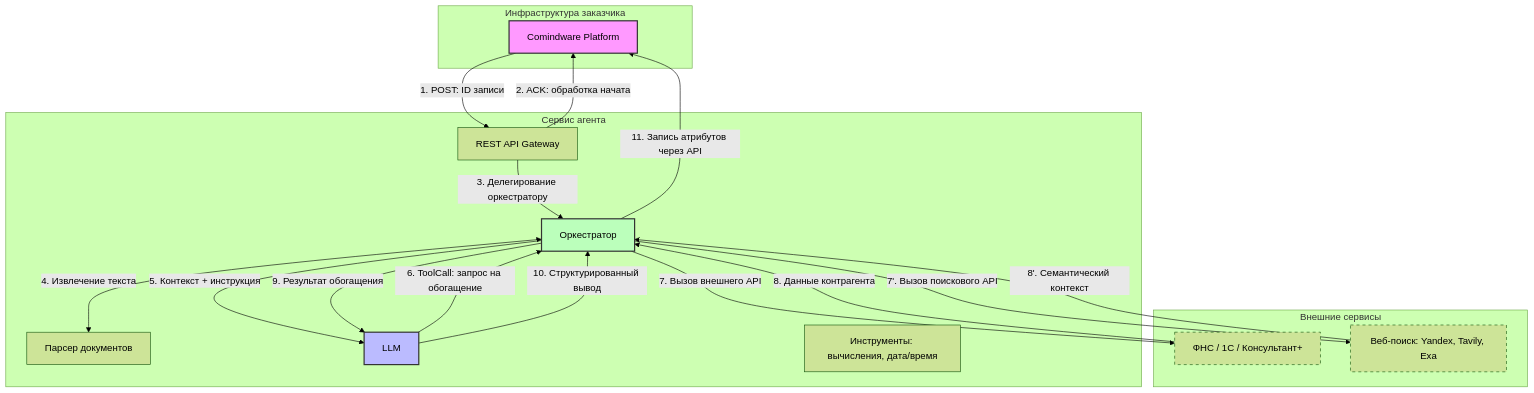
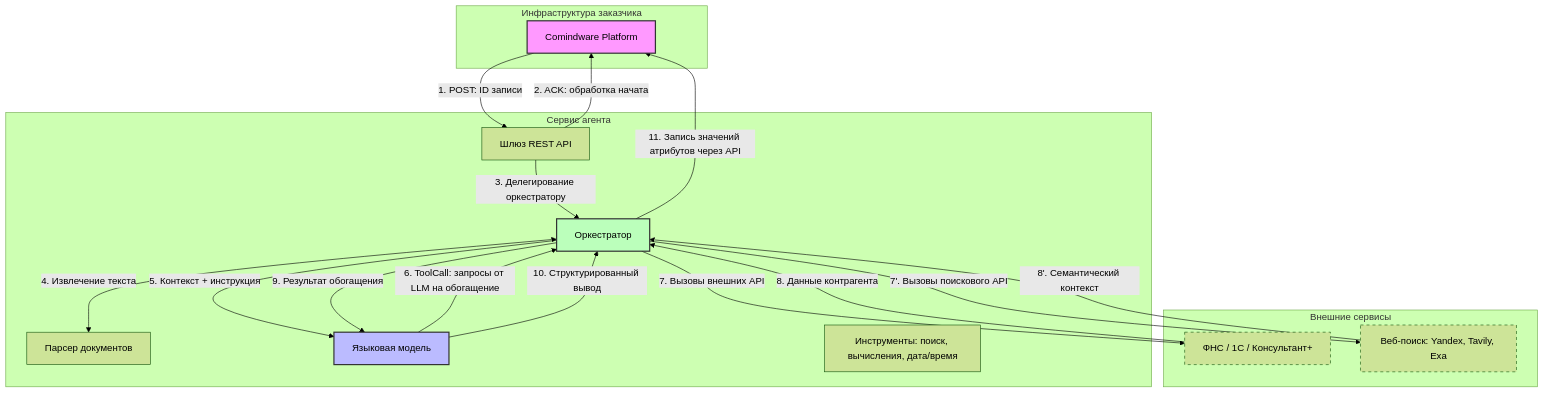
Before and after one commit to arterm-sedov/cmw-rag: the diagram in docs/research/executive-research-technology-transfer/report-pack/20260420-document-agent-architecture-ru.md, drawn with Mermaid (forest theme). The commit also changed other lines of this file, not shown here.

First line of the commit message:
docs: update document agent architecture report — refine component names and clarify processing steps

````diff
--- a/docs/research/executive-research-technology-transfer/report-pack/20260420-document-agent-architecture-ru.md
+++ b/docs/research/executive-research-technology-transfer/report-pack/20260420-document-agent-architecture-ru.md
@@ -55,39 +55,39 @@
 ```mermaid
 graph TD
     subgraph Client_Infrastructure [Инфраструктура заказчика]
         A[Comindware Platform]
     end
 
     subgraph Agent_Service [Сервис агента]
-        B[REST API Gateway]
+        B[Шлюз REST API]
         C[Оркестратор]
         D[Парсер документов]
-        E[LLM]
-        F[Инструменты: вычисления, дата/время]
+        E[Языковая модель]
+        F[Инструменты: поиск, вычисления, дата/время]
     end
 
     subgraph External_Services [Внешние сервисы]
         G[ФНС / 1С / Консультант+]
         H[Веб-поиск: Yandex, Tavily, Exa]
     end
 
     A -->|1. POST: ID записи| B
     B -->|2. ACK: обработка начата| A
     B -->|3. Делегирование оркестратору| C
     C <-->|4. Извлечение текста| D
     C -->|5. Контекст + инструкция| E
-    E -->|6. ToolCall: запрос на обогащение| C
-    C -->|7. Вызов внешнего API| G
-    C -->|7ʹ. Вызов поискового API| H
+    E -->|6. ToolCall: запросы от LLM на обогащение| C
+    C -->|7. Вызовы внешних API| G
+    C -->|7ʹ. Вызовы поискового API| H
     G -->|8. Данные контрагента| C
     H -->|8ʹ. Семантический контекст| C
     C -->|9. Результат обогащения| E
     E -->|10. Структурированный вывод| C
-    C -->|11. Запись атрибутов через API| A
+    C -->|11. Запись значений атрибутов через API| A
 
     style A fill:#f9f,stroke:#333,stroke-width:2px
     style E fill:#bbf,stroke:#333,stroke-width:2px
     style C fill:#bfb,stroke:#333,stroke-width:2px
     style G stroke-dasharray: 5 5
     style H stroke-dasharray: 5 5
 ```
````
